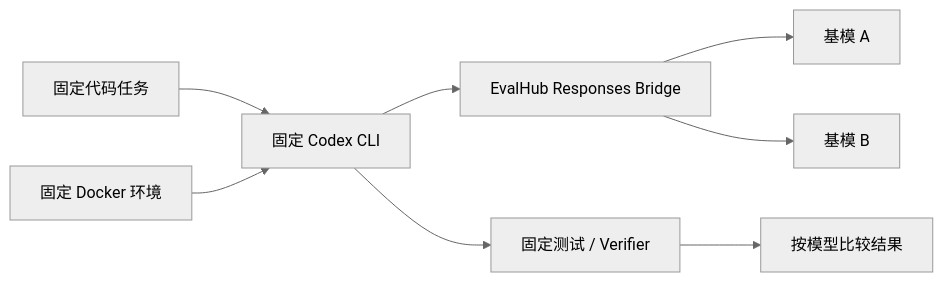
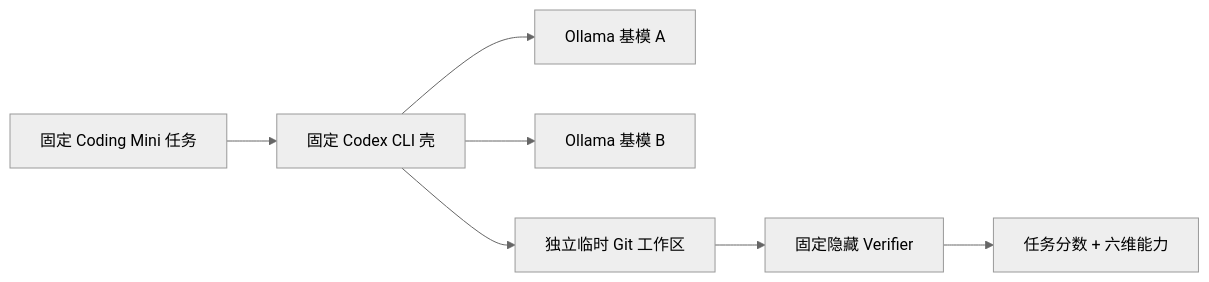
Before and after one commit to NEDONION/evalhub: the first of 5 diagrams in docs/superpowers/specs/20260804_Codex固定Agent壳基模评测工程设计.md, drawn with Mermaid (neutral theme). The commit also changed other lines of this file and 57 other files, not shown here.

````diff
--- a/docs/superpowers/specs/20260804_Codex固定Agent壳基模评测工程设计.md
+++ b/docs/superpowers/specs/20260804_Codex固定Agent壳基模评测工程设计.md
@@ -17,10 +31,9 @@
 ```mermaid
 flowchart LR
-    Task["固定代码任务"] --> Codex["固定 Codex CLI"]
-    Env["固定 Docker 环境"] --> Codex
-    Codex --> Bridge["EvalHub Responses Bridge"]
-    Bridge --> ModelA["基模 A"]
-    Bridge --> ModelB["基模 B"]
-    Codex --> Verify["固定测试 / Verifier"]
-    Verify --> Report["按模型比较结果"]
+    Task["固定 Coding Mini 任务"] --> Codex["固定 Codex CLI 壳"]
+    Codex --> ModelA["Ollama 基模 A"]
+    Codex --> ModelB["Ollama 基模 B"]
+    Codex --> Workspace["独立临时 Git 工作区"]
+    Workspace --> Verifier["固定隐藏 Verifier"]
+    Verifier --> Report["任务分数 + 六维能力"]
 ```
````
